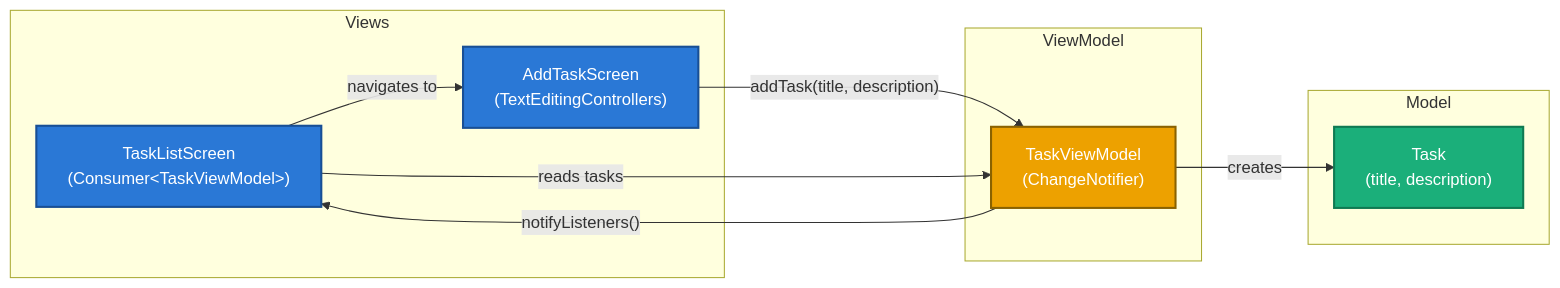
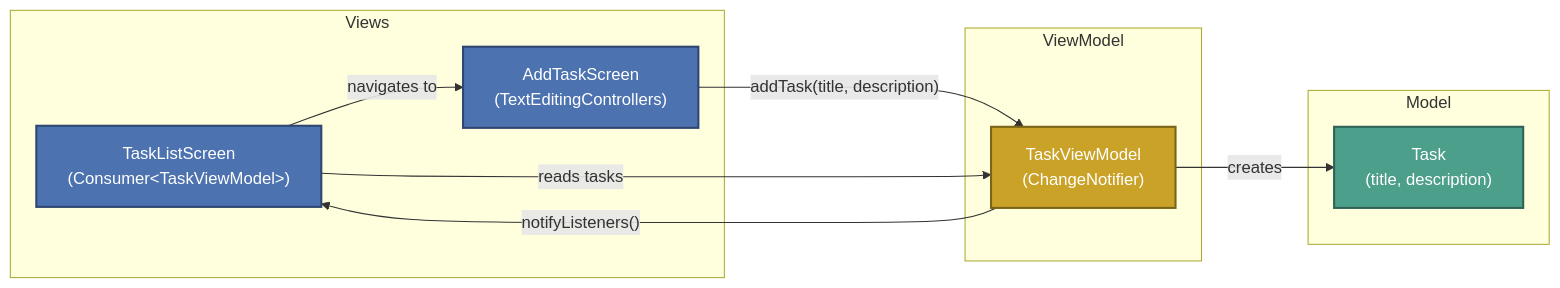
One commit to mina-hill/Flutter-ToDo-App changed the diagram in README.md. Above: the diagram before and after it, drawn with Mermaid. The commit also changed other lines of this file and 2 other files, not shown here.

Commit message:
Switch to a more muted, professional color palette

````diff
--- a/README.md
+++ b/README.md
@@ -36,29 +36,29 @@
 ```mermaid
 flowchart LR
     subgraph Views
         TLS["TaskListScreen<br/>(Consumer&lt;TaskViewModel&gt;)"]
         ATS["AddTaskScreen<br/>(TextEditingControllers)"]
     end
 
     subgraph ViewModel
         TVM["TaskViewModel<br/>(ChangeNotifier)"]
     end
 
     subgraph Model
         TASK["Task<br/>(title, description)"]
     end
 
     ATS -- "addTask(title, description)" --> TVM
     TVM -- "creates" --> TASK
     TVM -- "notifyListeners()" --> TLS
     TLS -- "reads tasks" --> TVM
     TLS -- "navigates to" --> ATS
 
-    classDef view fill:#2a78d6,stroke:#184f95,stroke-width:2px,color:#ffffff
-    classDef viewmodel fill:#eda100,stroke:#8a6200,stroke-width:2px,color:#ffffff
-    classDef model fill:#1baf7a,stroke:#0f7a52,stroke-width:2px,color:#ffffff
+    classDef view fill:#4C72B0,stroke:#2E4670,stroke-width:2px,color:#ffffff
+    classDef viewmodel fill:#C9A227,stroke:#7A6418,stroke-width:2px,color:#ffffff
+    classDef model fill:#4C9F8A,stroke:#2F6455,stroke-width:2px,color:#ffffff
 
     class TLS,ATS view
     class TVM viewmodel
     class TASK model
 ```
````
